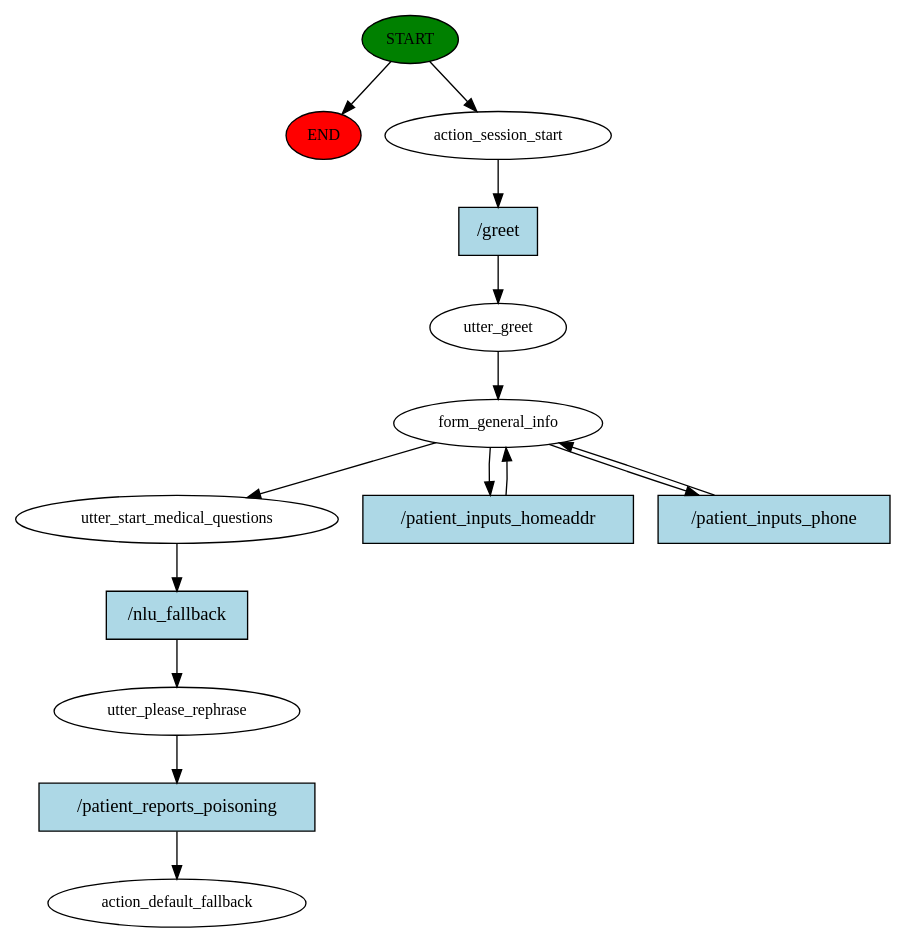
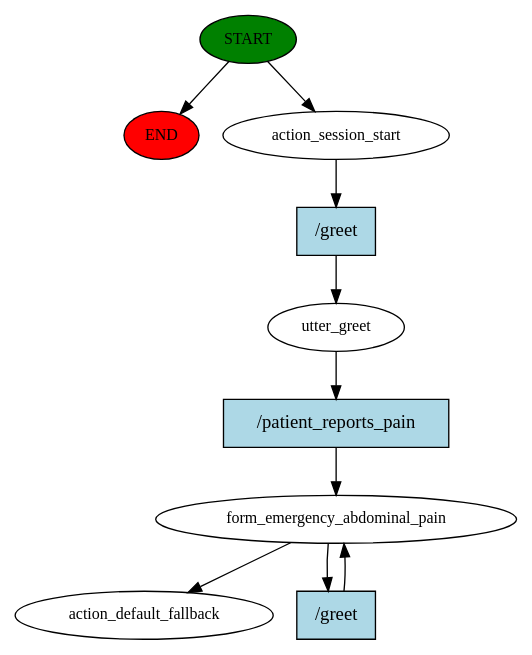
The diagram in story_graph.dot (halixness/HMD-Dispatcher), drawn with Graphviz before and after one commit. The commit also changed 9 other files, not shown here.

```diff
--- a/story_graph.dot
+++ b/story_graph.dot
@@ -1,29 +1,20 @@
 digraph  {
 0 [class="start active", fillcolor=green, fontsize=12, label=START, style=filled];
 "-1" [class=end, fillcolor=red, fontsize=12, label=END, style=filled];
 1 [class=active, fontsize=12, label=action_session_start];
 2 [class=active, fontsize=12, label=utter_greet];
-3 [class=active, fontsize=12, label=form_general_info];
-6 [class=active, fontsize=12, label=utter_start_medical_questions];
-7 [class=active, fontsize=12, label=utter_please_rephrase];
-8 [class="dashed active", fontsize=12, label=action_default_fallback];
-9 [class="intent active", fillcolor=lightblue, label="/greet", shape=rect, style=filled];
-10 [class="intent active", fillcolor=lightblue, label="/patient_inputs_homeaddr", shape=rect, style=filled];
-11 [class="intent active", fillcolor=lightblue, label="/patient_inputs_phone", shape=rect, style=filled];
-12 [class="intent active", fillcolor=lightblue, label="/nlu_fallback", shape=rect, style=filled];
-13 [class="intent active", fillcolor=lightblue, label="/patient_reports_poisoning", shape=rect, style=filled];
+3 [class=active, fontsize=12, label=form_emergency_abdominal_pain];
+10 [class="dashed active", fontsize=12, label=action_default_fallback];
+11 [class="intent active", fillcolor=lightblue, label="/greet", shape=rect, style=filled];
+12 [class="intent active", fillcolor=lightblue, label="/patient_reports_pain", shape=rect, style=filled];
+13 [class="intent active", fillcolor=lightblue, label="/greet", shape=rect, style=filled];
 0 -> "-1"  [class="", key=NONE, label=""];
 0 -> 1  [class=active, key=NONE, label=""];
-1 -> 9  [class=active, key=0];
-2 -> 3  [class=active, key=NONE, label=""];
-3 -> 6  [class=active, key=NONE, label=""];
-3 -> 10  [class=active, key=0];
-3 -> 11  [class=active, key=0];
-6 -> 12  [class=active, key=0];
-7 -> 13  [class=active, key=0];
-9 -> 2  [class=active, key=0];
-10 -> 3  [class=active, key=0];
-11 -> 3  [class=active, key=0];
-12 -> 7  [class=active, key=0];
-13 -> 8  [class=active, key=0];
+1 -> 11  [class=active, key=0];
+2 -> 12  [class=active, key=0];
+3 -> 10  [class=active, key=NONE, label=""];
+3 -> 13  [class=active, key=0];
+11 -> 2  [class=active, key=0];
+12 -> 3  [class=active, key=0];
+13 -> 3  [class=active, key=0];
 }
```
